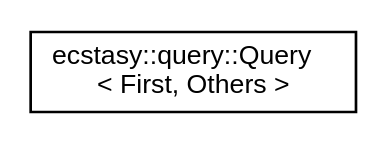
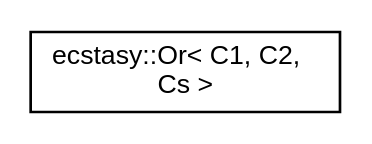
The diagram in inherit_graph_32.dot (AndreasLrx/ecstasy), drawn with Graphviz before and after one commit. The commit also changed 313 other files, not shown here.

```diff
--- a/inherit_graph_32.dot
+++ b/inherit_graph_32.dot
@@ -1,8 +1,8 @@
 digraph "Graphical Class Hierarchy"
 {
  // LATEX_PDF_SIZE
   edge [fontname="Helvetica",fontsize="10",labelfontname="Helvetica",labelfontsize="10"];
   node [fontname="Helvetica",fontsize="10",shape=record];
   rankdir="LR";
-  Node0 [label="ecstasy::query::Query\l\< First, Others \>",height=0.2,width=0.4,color="black", fillcolor="white", style="filled",URL="$classecstasy_1_1query_1_1_query.html",tooltip="Query components presents in all given queryables."];
+  Node0 [label="ecstasy::Or\< C1, C2,\l Cs \>",height=0.2,width=0.4,color="black", fillcolor="white", style="filled",URL="$structecstasy_1_1_or.html",tooltip="Placeholder for ecstasy::query::modifier::Or."];
 }
```
